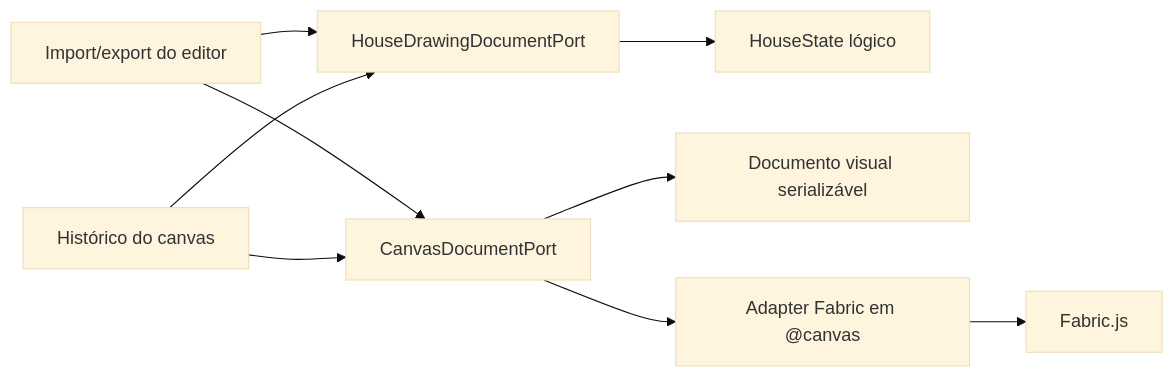
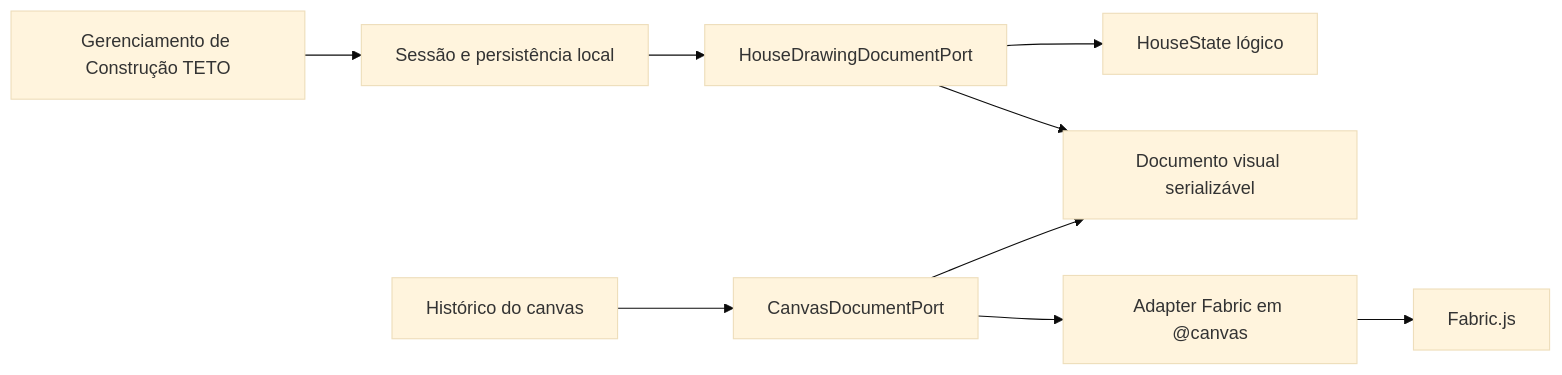
One commit to desiderati/rac-designer-teto changed the diagram in docs/architecture-decisions/ADR-002-formato-canonico-projeto-rac.md. Above: the diagram before and after it, drawn with Mermaid (base theme). The commit also changed other lines of this file and 118 other files, not shown here.

````diff
--- a/docs/architecture-decisions/ADR-002-formato-canonico-projeto-rac.md
+++ b/docs/architecture-decisions/ADR-002-formato-canonico-projeto-rac.md
@@ -51,20 +47,21 @@
 ```mermaid
 flowchart LR
-    Hook["Import/export do editor"]
+    Management["Gerenciamento de Construção TETO"]
+    Session["Sessão e persistência local"]
     HouseDocumentPort["HouseDrawingDocumentPort"]
     HouseState["HouseState lógico"]
     CanvasDocumentPort["CanvasDocumentPort"]
     CanvasDocument["Documento visual serializável"]
     FabricAdapter["Adapter Fabric em @canvas"]
     Fabric["Fabric.js"]
     History["Histórico do canvas"]
 
-    Hook --> HouseDocumentPort
-    Hook --> CanvasDocumentPort
+    Management --> Session
+    Session --> HouseDocumentPort
     HouseDocumentPort --> HouseState
+    HouseDocumentPort --> CanvasDocument
     CanvasDocumentPort --> CanvasDocument
     CanvasDocumentPort --> FabricAdapter
     FabricAdapter --> Fabric
     History --> CanvasDocumentPort
-    History --> HouseDocumentPort
 ```
````
